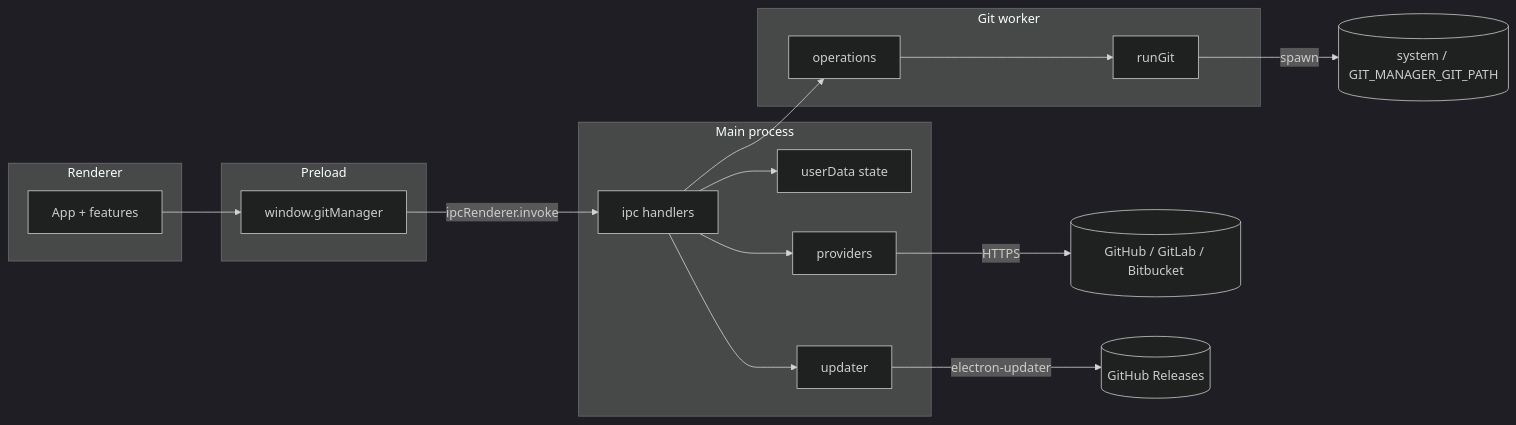
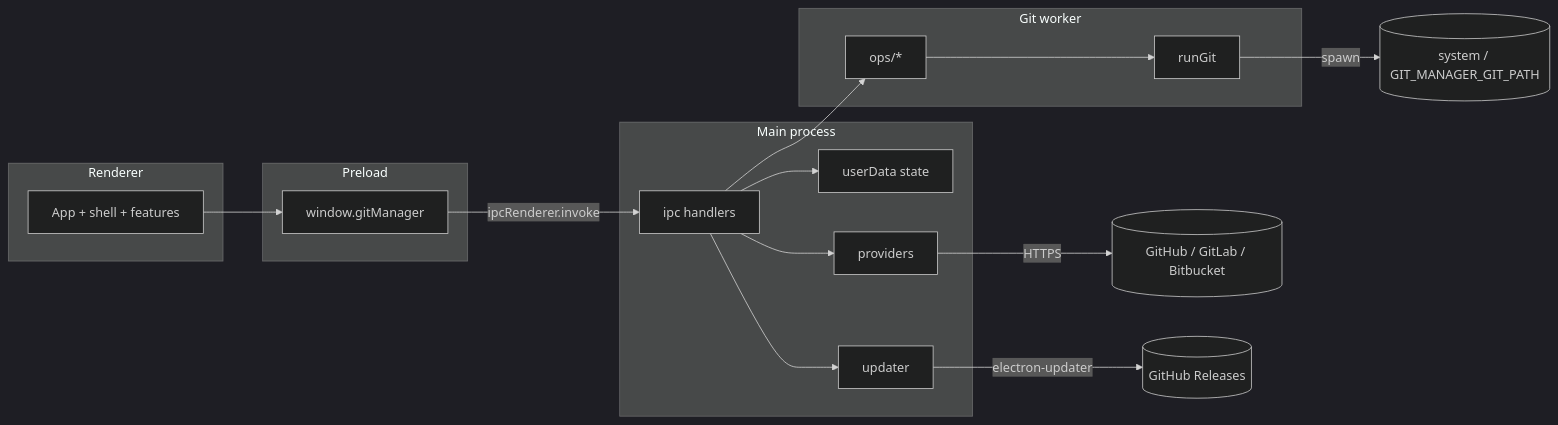
The diagram in docs/architecture.md (Maks417/GitManager), drawn with Mermaid (dark theme) before and after one commit. The commit also changed other lines of this file and 19 other files, not shown here.

````diff
--- a/docs/architecture.md
+++ b/docs/architecture.md
@@ -24,29 +27,29 @@
 ```mermaid
 flowchart LR
   subgraph renderer [Renderer]
-    UI[App + features]
+    UI[App + shell + features]
   end
   subgraph bridge [Preload]
     API["window.gitManager"]
   end
   subgraph main [Main process]
     IPC[ipc handlers]
     Store[userData state]
     Prov[providers]
     Upd[updater]
   end
   subgraph git [Git worker]
     Runner[runGit]
-    Ops[operations]
+    Ops[ops/*]
   end
   UI --> API
   API -->|ipcRenderer.invoke| IPC
   IPC --> Ops
   Ops --> Runner
   Runner -->|spawn| GitCLI[(system / GIT_MANAGER_GIT_PATH)]
   IPC --> Store
   IPC --> Prov
   Prov -->|HTTPS| HostAPIs[(GitHub / GitLab / Bitbucket)]
   IPC --> Upd
   Upd -->|electron-updater| GHReleases[(GitHub Releases)]
 ```
````
